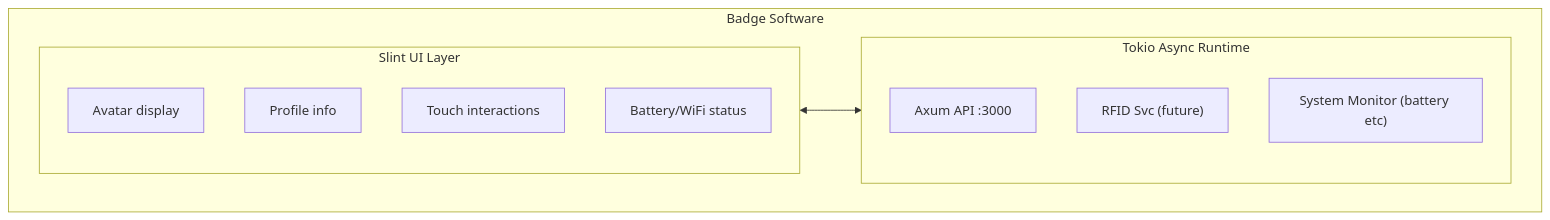
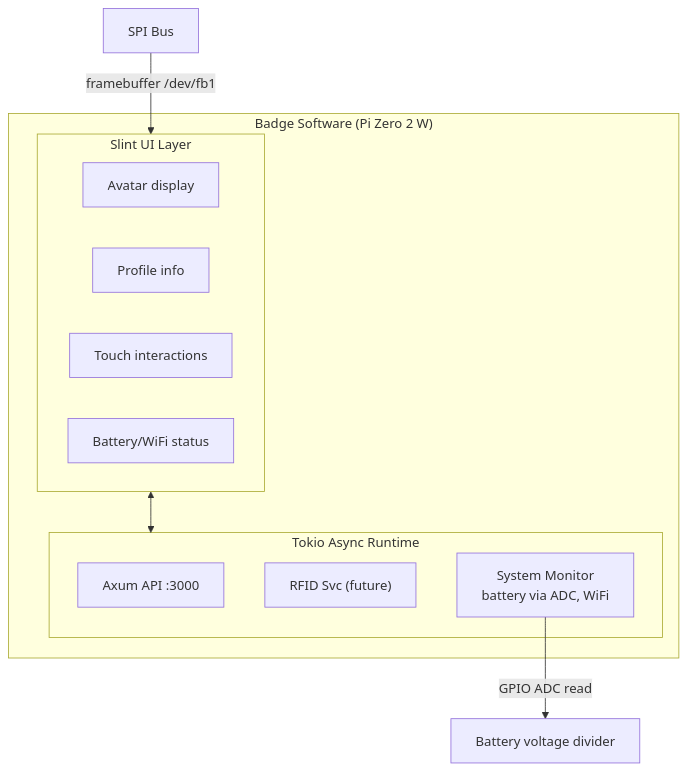
One commit to Hebububu/VRCBadge changed the diagram in docs/software/architecture.md. Above: the diagram before and after it, drawn with Mermaid. The commit also changed other lines of this file and 6 other files, not shown here.

````diff
--- a/docs/software/architecture.md
+++ b/docs/software/architecture.md
@@ -16,19 +37,21 @@
 ```mermaid
 flowchart TB
-    subgraph Software["Badge Software"]
+    subgraph Software["Badge Software (Pi Zero 2 W)"]
         subgraph UI["Slint UI Layer"]
             Avatar["Avatar display"]
             Profile["Profile info"]
             Touch["Touch interactions"]
             Status["Battery/WiFi status"]
         end
 
         subgraph Runtime["Tokio Async Runtime"]
             Axum["Axum API :3000"]
             RFID["RFID Svc (future)"]
-            Monitor["System Monitor (battery etc)"]
+            Monitor["System Monitor<br/>battery via ADC, WiFi"]
         end
     end
 
+    SPI["SPI Bus"] -->|"framebuffer /dev/fb1"| UI
     UI <--> Runtime
+    Monitor -->|"GPIO ADC read"| Battery["Battery voltage divider"]
 ```
````
